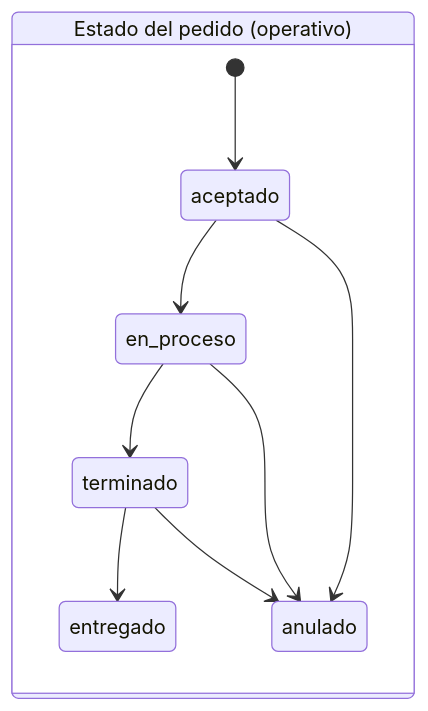
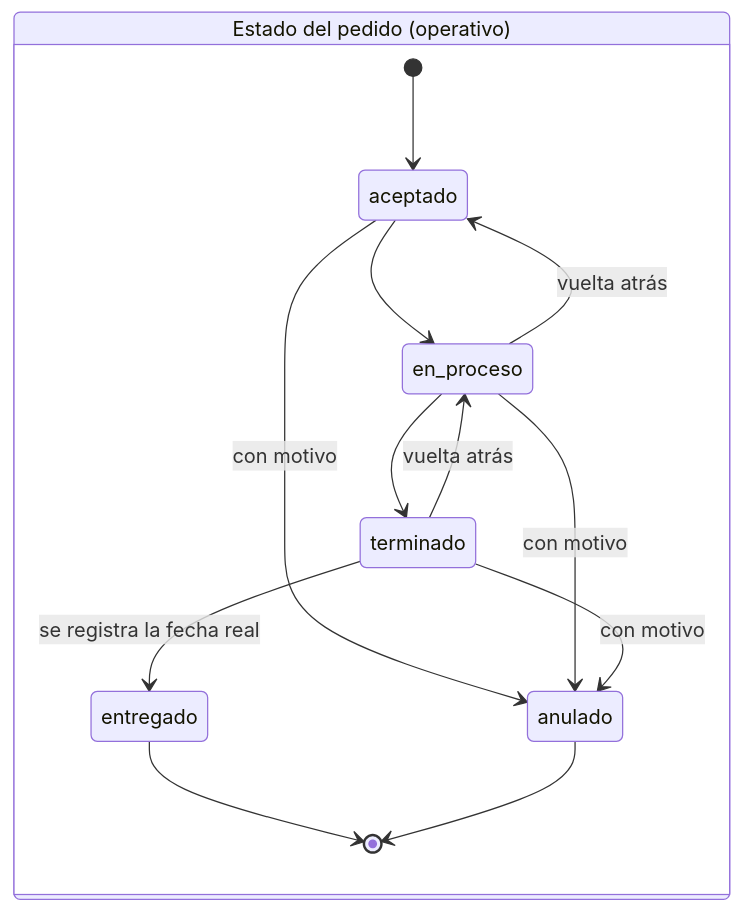
Before and after one commit to javerxd/synctime-carteles-herrera: the third of 6 diagrams in docs/base-de-datos/modelo-entidad-relacion.md, drawn with Mermaid. The commit also changed other lines of this file and 119 other files, not shown here.

````diff
--- a/docs/base-de-datos/modelo-entidad-relacion.md
+++ b/docs/base-de-datos/modelo-entidad-relacion.md
@@ -333,13 +362,17 @@
 ```mermaid
 stateDiagram-v2
     direction LR
     state "Estado del pedido (operativo)" as op {
         [*] --> aceptado
         aceptado --> en_proceso
         en_proceso --> terminado
-        terminado --> entregado
-        aceptado --> anulado
-        en_proceso --> anulado
-        terminado --> anulado
+        terminado --> entregado : se registra la fecha real
+        en_proceso --> aceptado : vuelta atrás
+        terminado --> en_proceso : vuelta atrás
+        aceptado --> anulado : con motivo
+        en_proceso --> anulado : con motivo
+        terminado --> anulado : con motivo
+        entregado --> [*]
+        anulado --> [*]
     }
 ```
````
